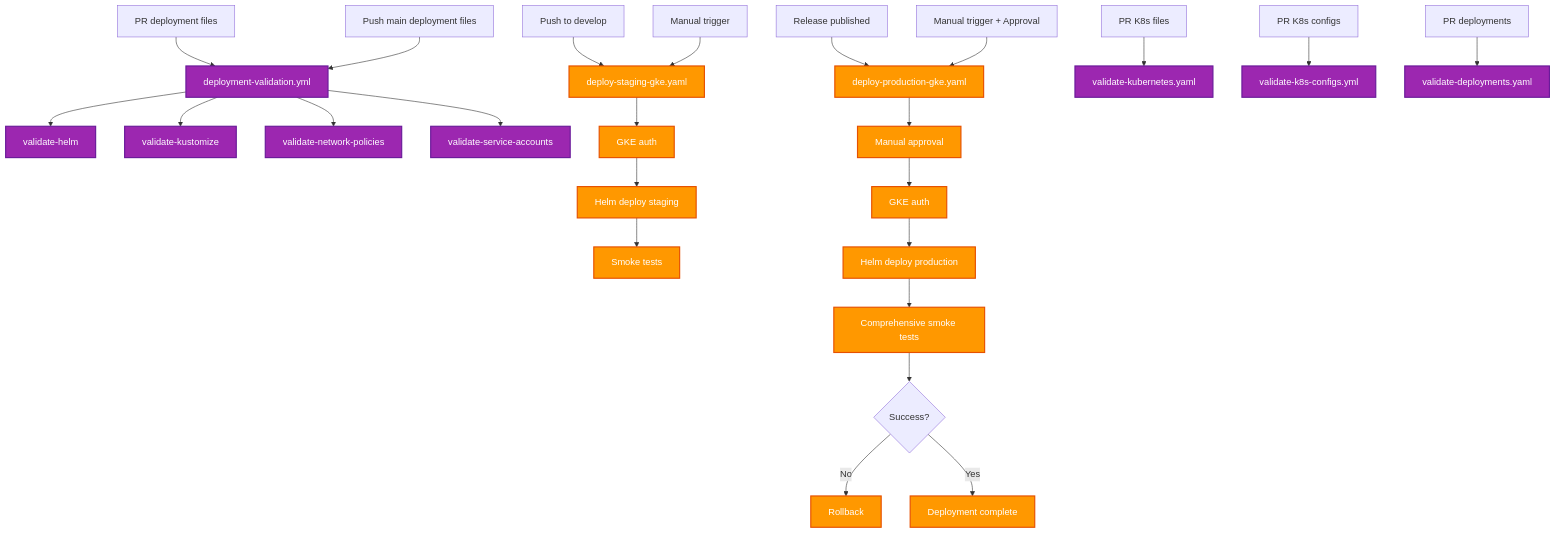
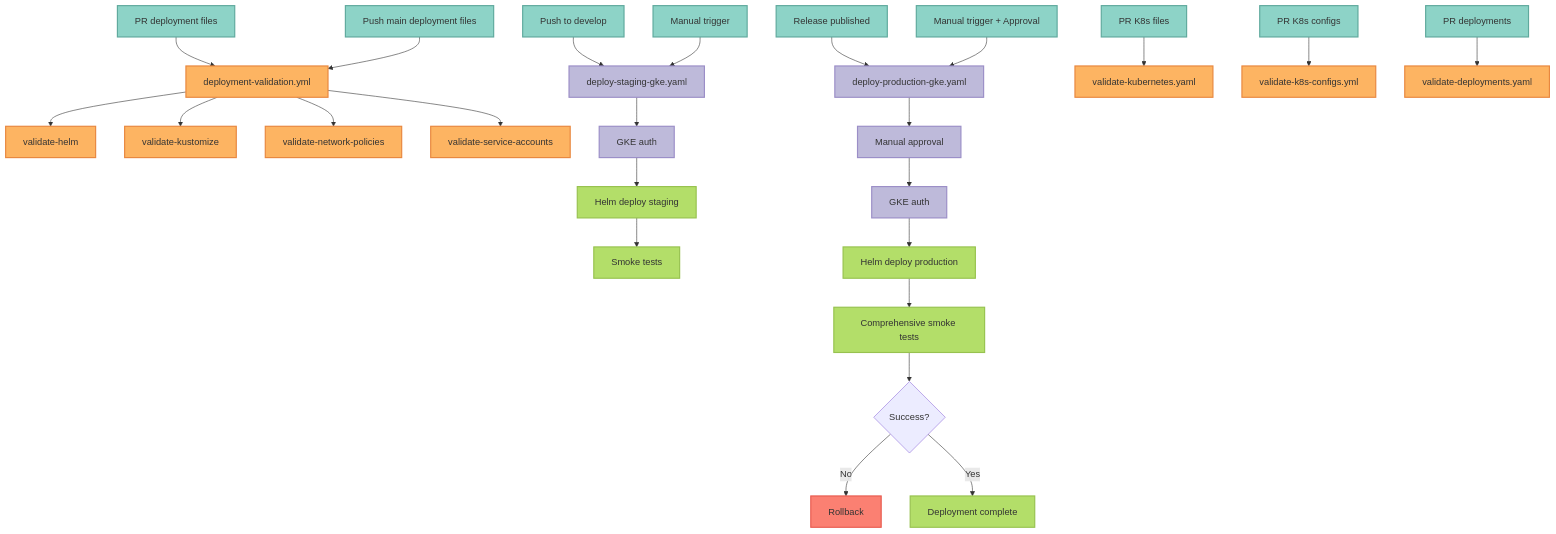
The fourth of 12 diagrams in docs/development/workflow-diagram.mdx (vishnu2kmohan/mcp-server-langgraph), drawn with Mermaid before and after one commit. The commit also changed other lines of this file and 201 other files, not shown here.

````diff
--- a/docs/development/workflow-diagram.mdx
+++ b/docs/development/workflow-diagram.mdx
@@ -146,43 +161,50 @@
 ```mermaid
-graph TD
+%% ColorBrewer2 Set3 palette - each component type uniquely colored
+flowchart TD
     %% Deployment Validation
     PRDeploy[PR deployment files] --> DV[deployment-validation.yml]
     PushDeploy[Push main deployment files] --> DV
 
     DV --> VH[validate-helm]
     DV --> VK[validate-kustomize]
     DV --> VNP[validate-network-policies]
     DV --> VSA[validate-service-accounts]
 
     %% Staging Deployment
     PushDev[Push to develop] --> DSG[deploy-staging-gke.yaml]
     ManualS[Manual trigger] --> DSG
 
     DSG --> AuthS[GKE auth]
     AuthS --> HelmS[Helm deploy staging]
     HelmS --> SmokeS[Smoke tests]
 
     %% Production Deployment
     Release[Release published] --> DPG[deploy-production-gke.yaml]
     ManualP[Manual trigger + Approval] --> DPG
 
     DPG --> Approve[Manual approval]
     Approve --> AuthP[GKE auth]
     AuthP --> HelmP[Helm deploy production]
     HelmP --> SmokeP[Comprehensive smoke tests]
     SmokeP --> Rollback{Success?}
     Rollback -->|No| RB[Rollback]
     Rollback -->|Yes| Done[Deployment complete]
 
     %% Other Validators
     PRK8s[PR K8s files] --> VK8s[validate-kubernetes.yaml]
     PRK8sC[PR K8s configs] --> VK8sC[validate-k8s-configs.yml]
     PRAll[PR deployments] --> VD[validate-deployments.yaml]
 
-    %% Styling
-    classDef deployFlow fill:#FF9800,stroke:#E65100,stroke-width:2px,color:#fff
-    classDef validationFlow fill:#9C27B0,stroke:#6A1B9A,stroke-width:2px,color:#fff
+    %% ColorBrewer Set3 Styling
+    classDef clientStyle fill:#8dd3c7,stroke:#5fa99d,stroke-width:2px,color:#333
+    classDef validationStyle fill:#fdb462,stroke:#e8873f,stroke-width:2px,color:#333
+    classDef serviceStyle fill:#bebada,stroke:#9b8ec7,stroke-width:2px,color:#333
+    classDef successStyle fill:#b3de69,stroke:#97c24f,stroke-width:2px,color:#333
+    classDef errorStyle fill:#fb8072,stroke:#e85a4f,stroke-width:2px,color:#333
 
-    class DSG,DPG,AuthS,HelmS,SmokeS,AuthP,HelmP,SmokeP,Approve,RB,Done deployFlow
-    class DV,VH,VK,VNP,VSA,VK8s,VK8sC,VD validationFlow
+    class PRDeploy,PushDeploy,PushDev,ManualS,Release,ManualP,PRK8s,PRK8sC,PRAll clientStyle
+    class DV,VH,VK,VNP,VSA,VK8s,VK8sC,VD validationStyle
+    class DSG,DPG,AuthS,AuthP,Approve serviceStyle
+    class HelmS,SmokeS,HelmP,SmokeP,Done successStyle
+    class RB errorStyle
 ```
````
